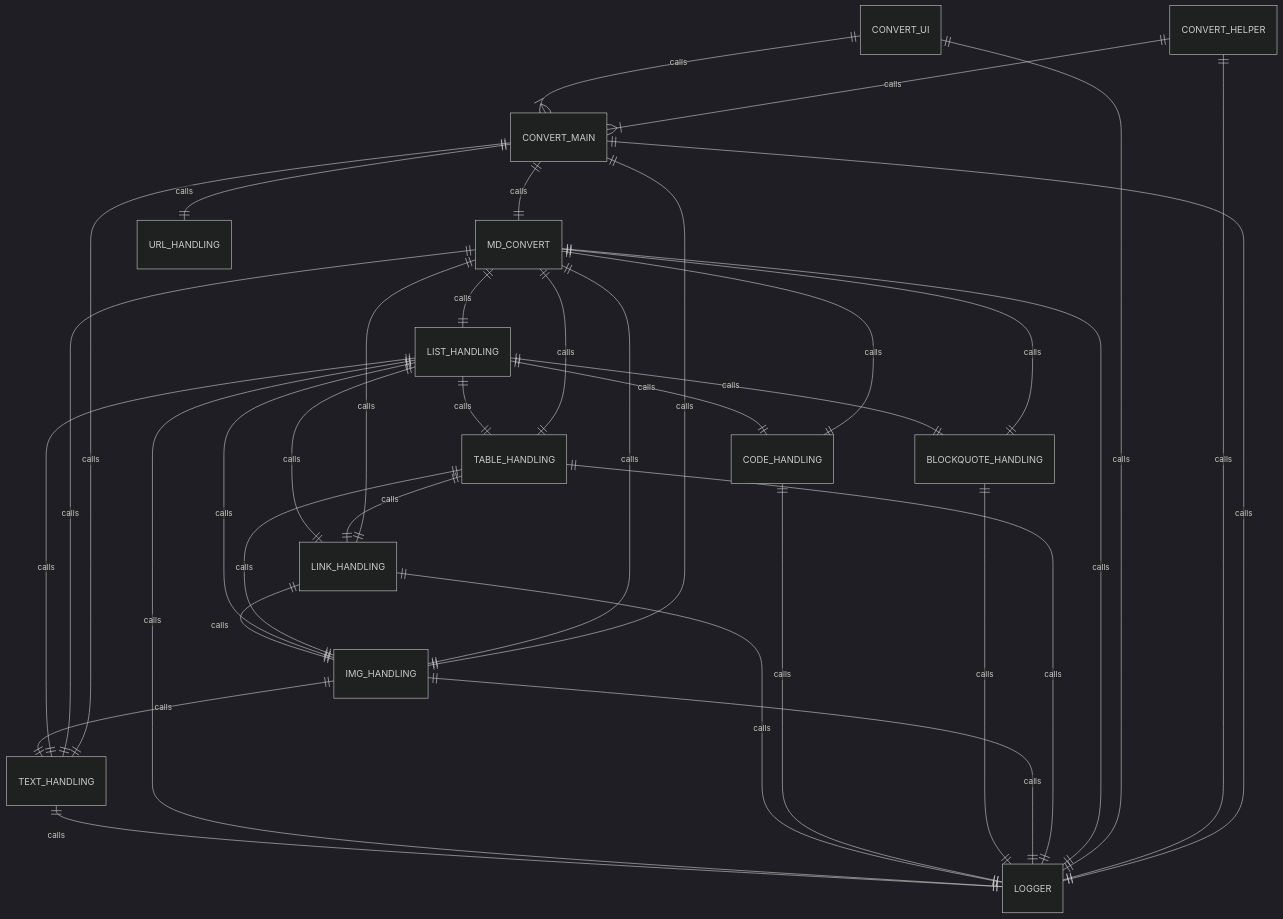
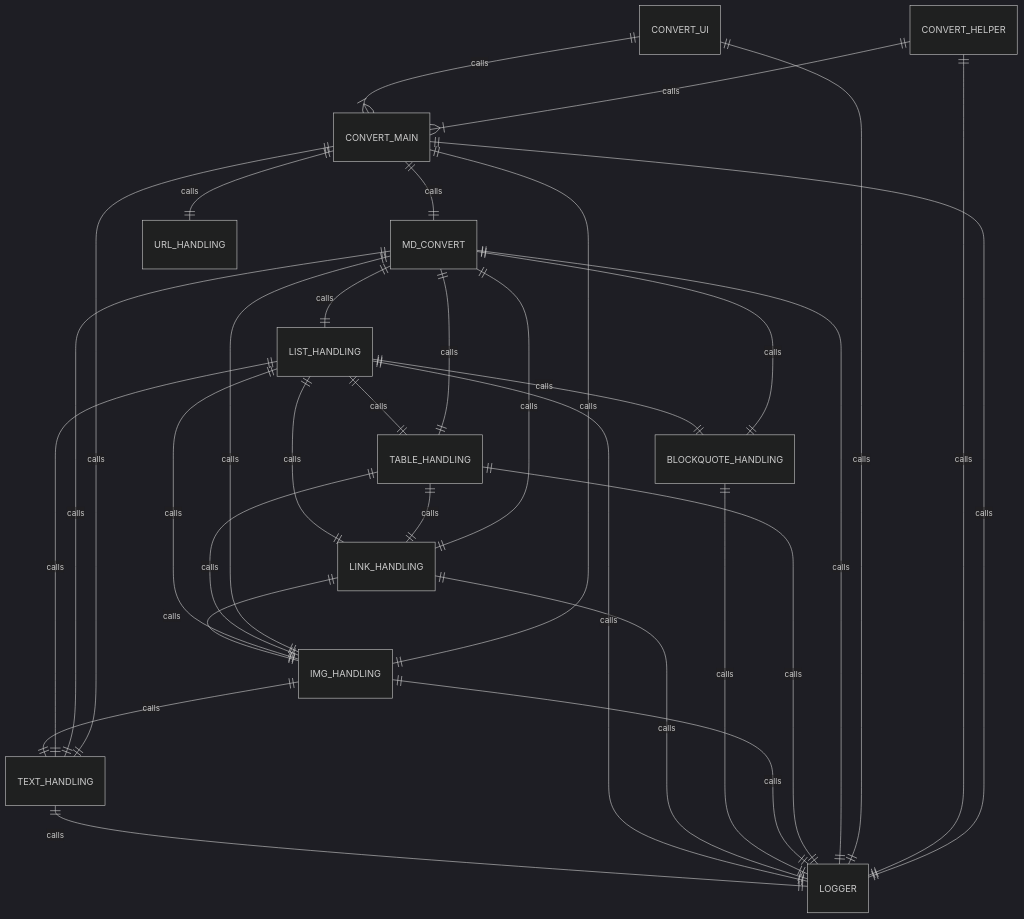
Before and after one commit to GolemT/Wikipedia2Markdown: the first of 3 diagrams in docs/Wikipedia2Markdown/Architecture.md, drawn with Mermaid (dark theme).

Commit message:
remove code

````diff
--- a/docs/Wikipedia2Markdown/Architecture.md
+++ b/docs/Wikipedia2Markdown/Architecture.md
@@ -8,45 +8,42 @@
 ```mermaid
 erDiagram
     CONVERT_HELPER ||--|{ CONVERT_MAIN : calls
     CONVERT_UI ||--|{ CONVERT_MAIN : calls
     
     CONVERT_MAIN ||--|| MD_CONVERT : calls
     CONVERT_MAIN ||--|| URL_HANDLING : calls
     CONVERT_MAIN ||--|| IMG_HANDLING : calls
     CONVERT_MAIN ||--|| TEXT_HANDLING : calls
 
     
     MD_CONVERT ||--|| TABLE_HANDLING : calls
     MD_CONVERT ||--|| BLOCKQUOTE_HANDLING : calls
-    MD_CONVERT ||--|| CODE_HANDLING : calls
     MD_CONVERT ||--|| IMG_HANDLING : calls
     MD_CONVERT ||--|| LINK_HANDLING : calls
     MD_CONVERT ||--|| LIST_HANDLING : calls
     MD_CONVERT ||--|| TEXT_HANDLING : calls
     
     TABLE_HANDLING ||--|| LINK_HANDLING : calls
     TABLE_HANDLING ||--|| IMG_HANDLING : calls
     
     LIST_HANDLING ||--|| TEXT_HANDLING : calls
     LIST_HANDLING ||--|| IMG_HANDLING : calls
     LIST_HANDLING ||--|| LINK_HANDLING : calls
-    LIST_HANDLING ||--|| CODE_HANDLING : calls
     LIST_HANDLING ||--|| BLOCKQUOTE_HANDLING : calls
     LIST_HANDLING ||--|| TABLE_HANDLING : calls
     
     IMG_HANDLING ||--|| TEXT_HANDLING : calls
     
     LINK_HANDLING ||--|| IMG_HANDLING : calls
     
     CONVERT_MAIN ||--|| LOGGER : calls
     CONVERT_HELPER ||--|| LOGGER : calls
     CONVERT_UI ||--|| LOGGER : calls
     MD_CONVERT ||--|| LOGGER : calls
     TABLE_HANDLING ||--|| LOGGER: calls
     IMG_HANDLING ||--|| LOGGER: calls
     BLOCKQUOTE_HANDLING ||--|| LOGGER: calls
-    CODE_HANDLING ||--|| LOGGER: calls
     LINK_HANDLING ||--|| LOGGER: calls
     LIST_HANDLING ||--|| LOGGER: calls
     TEXT_HANDLING ||--|| LOGGER : calls
 ```
````
